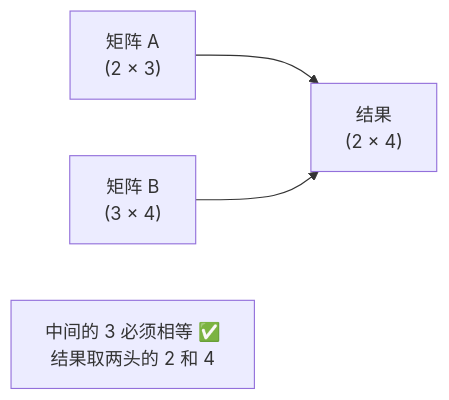
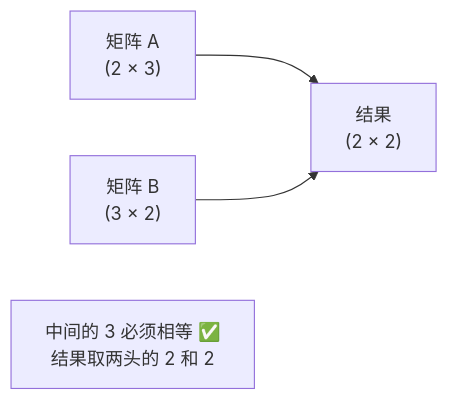
Before and after one commit to zerioo1970/summary: the second of 10 diagrams in transformer-学习资料/第02章-必备数学与基础知识.md, drawn with Mermaid. The commit also changed other lines of this file and 6 other files, not shown here.

Commit message:
大幅扩写第1、2、8-12章:新增导览/数值示例/深入原理/FAQ/更多图解

````diff
--- a/transformer-学习资料/第02章-必备数学与基础知识.md
+++ b/transformer-学习资料/第02章-必备数学与基础知识.md
@@ -44,6 +111,6 @@
 ```mermaid
 flowchart LR
-    A["矩阵 A<br/>(2 × 3)"] --> C["结果<br/>(2 × 4)"]
-    B["矩阵 B<br/>(3 × 4)"] --> C
-    note["中间的 3 必须相等 ✅<br/>结果取两头的 2 和 4"]
+    A["矩阵 A<br/>(2 × 3)"] --> C["结果<br/>(2 × 2)"]
+    B["矩阵 B<br/>(3 × 2)"] --> C
+    note["中间的 3 必须相等 ✅<br/>结果取两头的 2 和 2"]
 ```
````
